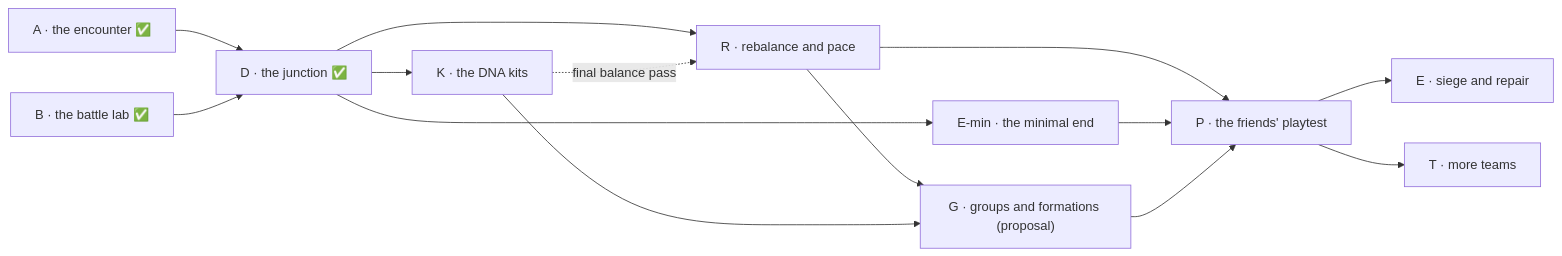
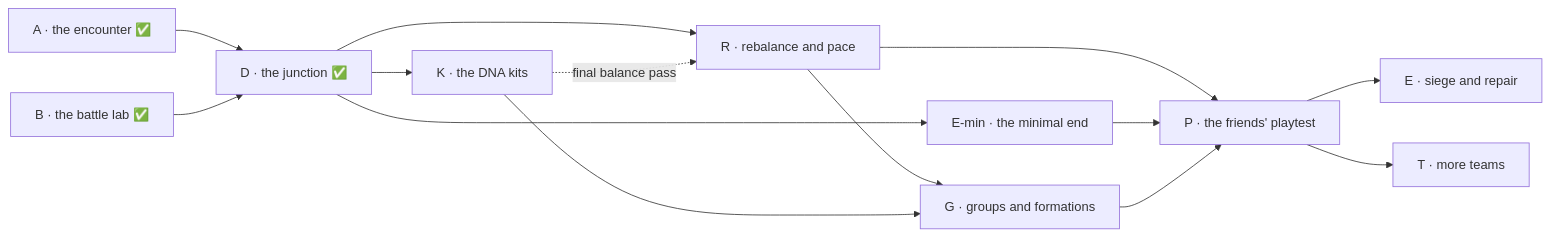
The diagram in docs/ROADMAP.md (eliasfeijo/geometrix), drawn with Mermaid before and after one commit. The commit also changed other lines of this file and 7 other files, not shown here.

````diff
--- a/docs/ROADMAP.md
+++ b/docs/ROADMAP.md
@@ -28,16 +28,16 @@
 ```mermaid
 flowchart LR
     A["A · the encounter ✅"] --> D["D · the junction ✅"]
     B["B · the battle lab ✅"] --> D
     D --> R["R · rebalance and pace"]
     D --> M["E-min · the minimal end"]
     D --> K["K · the DNA kits"]
     K -. "final balance pass" .-> R
-    R --> G["G · groups and formations (proposal)"]
+    R --> G["G · groups and formations"]
     K --> G
     R --> P["P · the friends' playtest"]
     M --> P
     G --> P
     P --> E["E · siege and repair"]
     P --> T["T · more teams"]
 ```
````
